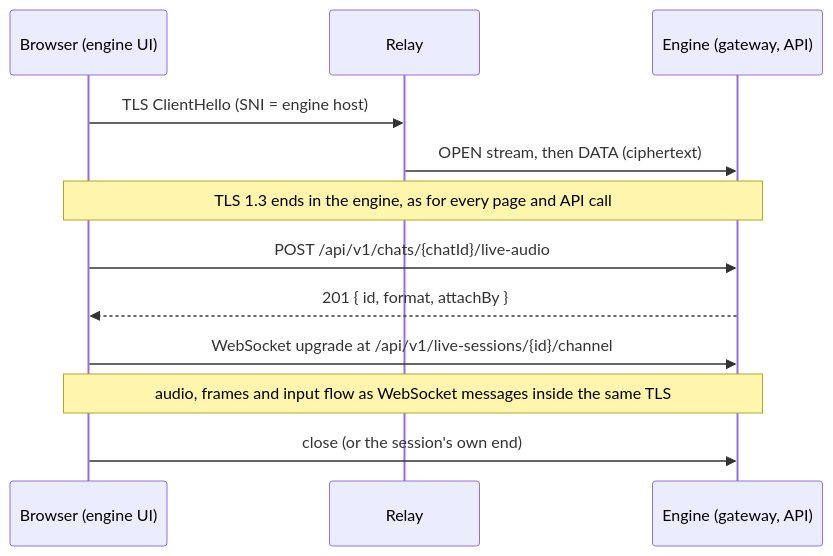
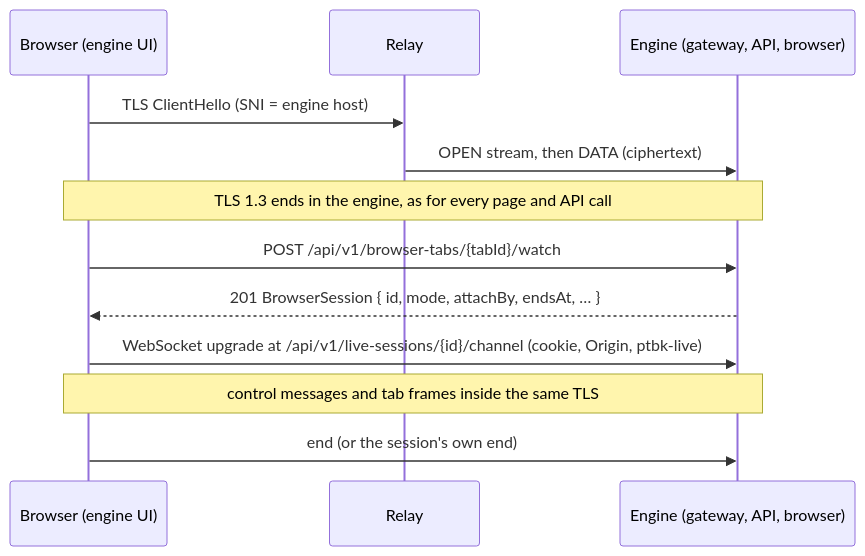
One commit to webgptorg/app changed the diagram in docs/engine-integration/live-sessions.md. Above: the diagram before and after it, drawn with Mermaid. The commit also changed other lines of this file and 50 other files, not shown here.

First line of the commit message:
feat(engine-api): live browser contract, reference engine and conformance (#346)

````diff
--- a/docs/engine-integration/live-sessions.md
+++ b/docs/engine-integration/live-sessions.md
@@ -19,14 +19,14 @@
 ```mermaid
 sequenceDiagram
     participant B as Browser (engine UI)
     participant R as Relay
-    participant E as Engine (gateway, API)
+    participant E as Engine (gateway, API, browser)
     B->>R: TLS ClientHello (SNI = engine host)
     R->>E: OPEN stream, then DATA (ciphertext)
     Note over B,E: TLS 1.3 ends in the engine, as for every page and API call
-    B->>E: POST /api/v1/chats/{chatId}/live-audio
-    E-->>B: 201 { id, format, attachBy }
-    B->>E: WebSocket upgrade at /api/v1/live-sessions/{id}/channel
-    Note over B,E: audio, frames and input flow as WebSocket messages inside the same TLS
-    B->>E: close (or the session's own end)
+    B->>E: POST /api/v1/browser-tabs/{tabId}/watch
+    E-->>B: 201 BrowserSession { id, mode, attachBy, endsAt, … }
+    B->>E: WebSocket upgrade at /api/v1/live-sessions/{id}/channel (cookie, Origin, ptbk-live)
+    Note over B,E: control messages and tab frames inside the same TLS
+    B->>E: end (or the session's own end)
 ```
````
